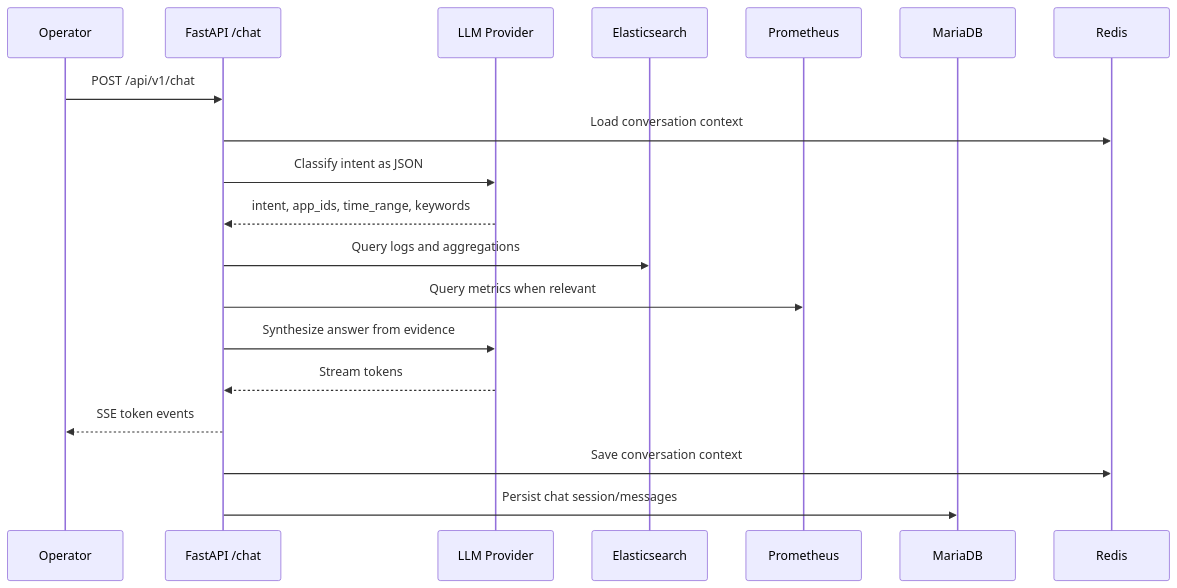
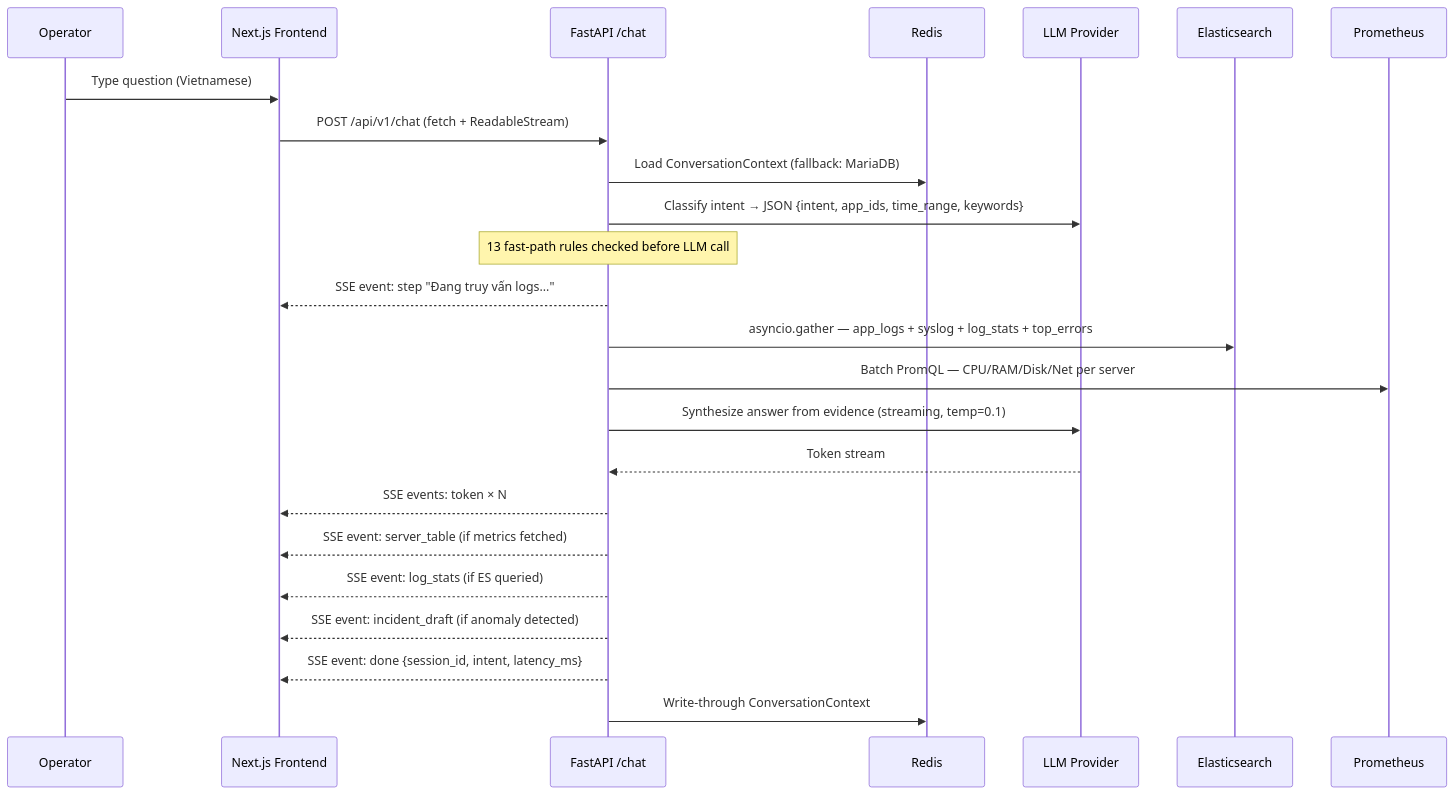
Before and after one commit to HaManhDong/aiops: the second of 2 diagrams in README.md, drawn with Mermaid. The commit also changed other lines of this file and 1 other file, not shown here.

````diff
--- a/README.md
+++ b/README.md
@@ -63,22 +102,27 @@
 ```mermaid
 sequenceDiagram
     participant U as Operator
+    participant FE as Next.js Frontend
     participant API as FastAPI /chat
+    participant R as Redis
     participant LLM as LLM Provider
     participant ES as Elasticsearch
     participant PM as Prometheus
-    participant DB as MariaDB
-    participant R as Redis
 
-    U->>API: POST /api/v1/chat
-    API->>R: Load conversation context
-    API->>LLM: Classify intent as JSON
-    LLM-->>API: intent, app_ids, time_range, keywords
-    API->>ES: Query logs and aggregations
-    API->>PM: Query metrics when relevant
-    API->>LLM: Synthesize answer from evidence
-    LLM-->>API: Stream tokens
-    API-->>U: SSE token events
-    API->>R: Save conversation context
-    API->>DB: Persist chat session/messages
+    U->>FE: Type question (Vietnamese)
+    FE->>API: POST /api/v1/chat (fetch + ReadableStream)
+    API->>R: Load ConversationContext (fallback: MariaDB)
+    API->>LLM: Classify intent → JSON {intent, app_ids, time_range, keywords}
+    Note over API: 13 fast-path rules checked before LLM call
+    API-->>FE: SSE event: step "Đang truy vấn logs..."
+    API->>ES: asyncio.gather — app_logs + syslog + log_stats + top_errors
+    API->>PM: Batch PromQL — CPU/RAM/Disk/Net per server
+    API->>LLM: Synthesize answer from evidence (streaming, temp=0.1)
+    LLM-->>API: Token stream
+    API-->>FE: SSE events: token × N
+    API-->>FE: SSE event: server_table (if metrics fetched)
+    API-->>FE: SSE event: log_stats (if ES queried)
+    API-->>FE: SSE event: incident_draft (if anomaly detected)
+    API-->>FE: SSE event: done {session_id, intent, latency_ms}
+    API->>R: Write-through ConversationContext
 ```
````
